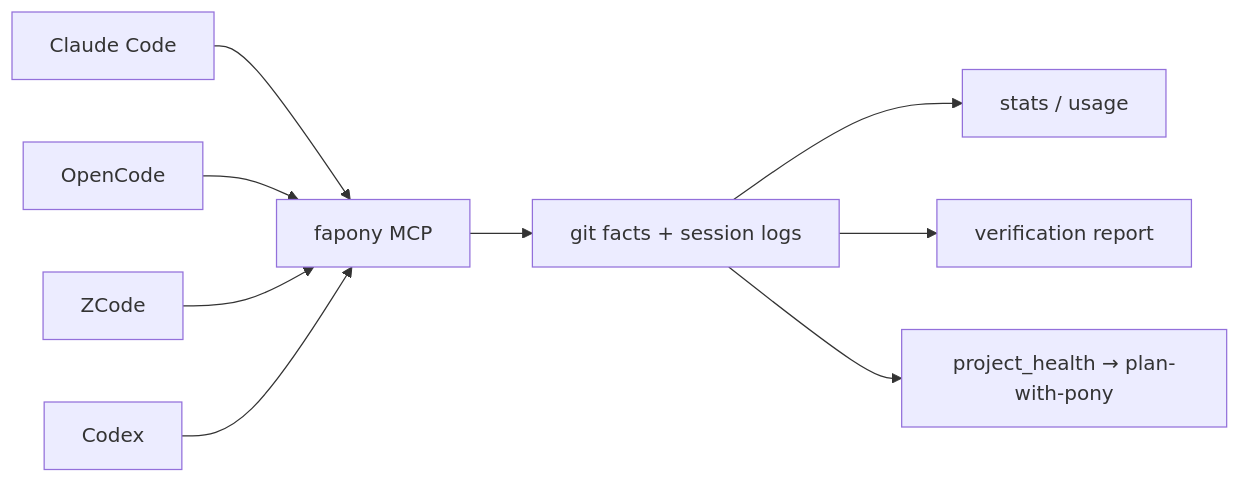
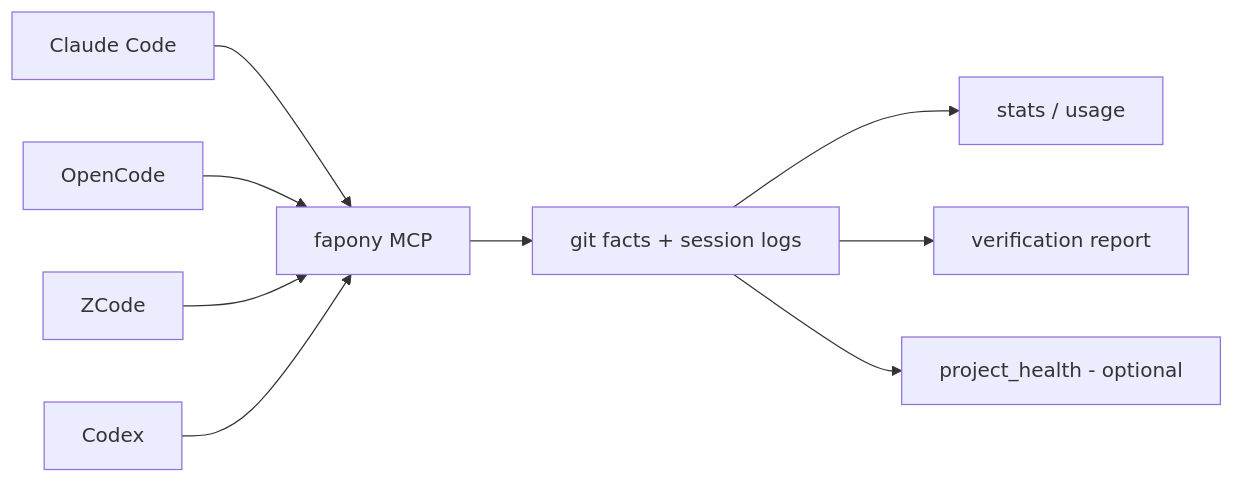
Before and after one commit to inonix-dev/fapony: the first of 3 diagrams in README.md, drawn with Mermaid. The commit also changed other lines of this file, not shown here.

First line of the commit message:
docs(readme): the skill flow forks before the plan, and the ledger feeds back model fit

````diff
--- a/README.md
+++ b/README.md
@@ -127,11 +127,11 @@
 ```mermaid
 flowchart LR
     A[Claude Code] --> F[fapony MCP]
     B[OpenCode] --> F
     C[ZCode] --> F
     D[Codex] --> F
     F --> G[git facts + session logs]
     G --> S[stats / usage]
     G --> V[verification report]
-    G --> P[project_health → plan-with-pony]
+    G --> P[project_health - optional]
 ```
````
